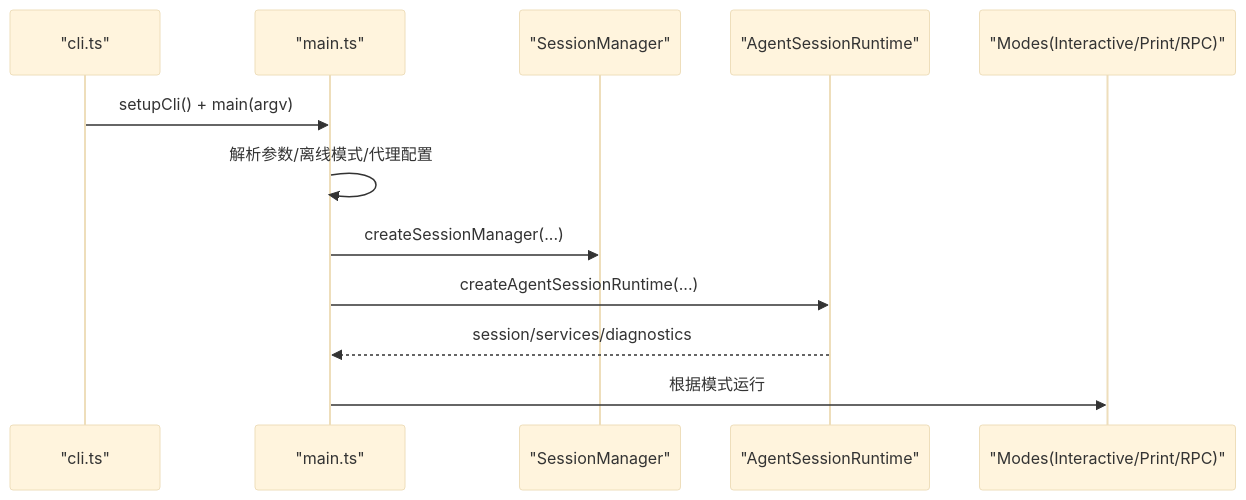
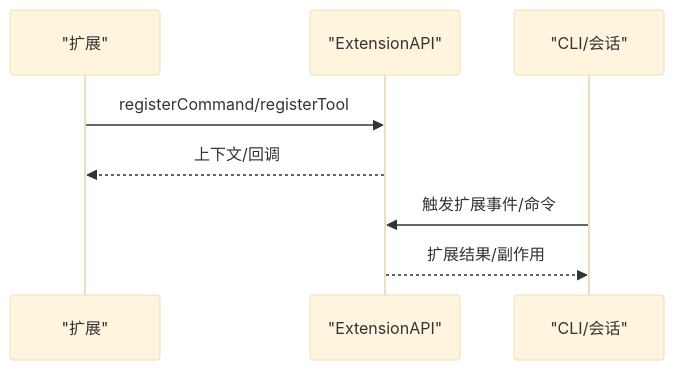
Before and after one commit to FDE-GROUP/oh-my-coding-agent: the seventh of 9 diagrams in .qoder/repowiki/zh/content/项目概述/架构概览.md, drawn with Mermaid (base theme). The commit also changed other lines of this file and 755 other files, not shown here.

````diff
--- a/.qoder/repowiki/zh/content/项目概述/架构概览.md
+++ b/.qoder/repowiki/zh/content/项目概述/架构概览.md
@@ -261,14 +273,10 @@
 ```mermaid
 sequenceDiagram
-participant Entry as "cli.ts"
-participant Main as "main.ts"
-participant Session as "SessionManager"
-participant Runtime as "AgentSessionRuntime"
-participant Mode as "Modes(Interactive/Print/RPC)"
-Entry->>Main : setupCli() + main(argv)
-Main->>Main : 解析参数/离线模式/代理配置
-Main->>Session : createSessionManager(...)
-Main->>Runtime : createAgentSessionRuntime(...)
-Runtime-->>Main : session/services/diagnostics
-Main->>Mode : 根据模式运行
+participant EXT as "扩展"
+participant API as "ExtensionAPI"
+participant CLI as "CLI/会话"
+EXT->>API : registerCommand/registerTool
+API-->>EXT : 上下文/回调
+CLI->>API : 触发扩展事件/命令
+API-->>CLI : 扩展结果/副作用
 ```
````
